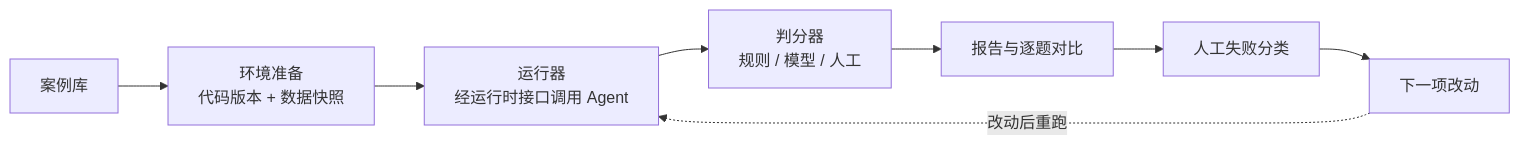
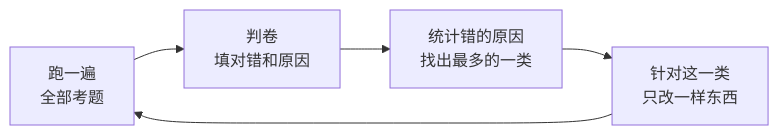
The eighth of 9 diagrams in docs/ai-native-design/02-评估系统-原理与设计.md (Sam-BIGUncle/AI_agent), drawn with Mermaid before and after one commit. The commit also changed other lines of this file and 29 other files, not shown here.

````diff
--- a/docs/ai-native-design/02-评估系统-原理与设计.md
+++ b/docs/ai-native-design/02-评估系统-原理与设计.md
@@ -21,6 +292,4 @@
 ```mermaid
 flowchart LR
-  C["案例库"] --> E["环境准备<br/>代码版本 + 数据快照"] --> R["运行器<br/>经运行时接口调用 Agent"] --> J["判分器<br/>规则 / 模型 / 人工"] --> P["报告与逐题对比"]
-  P --> F["人工失败分类"] --> X["下一项改动"]
-  X -.->|"改动后重跑"| R
+  A["跑一遍<br/>全部考题"] --> B["判卷<br/>填对错和原因"] --> C["统计错的原因<br/>找出最多的一类"] --> D["针对这一类<br/>只改一样东西"] --> A
 ```
````
